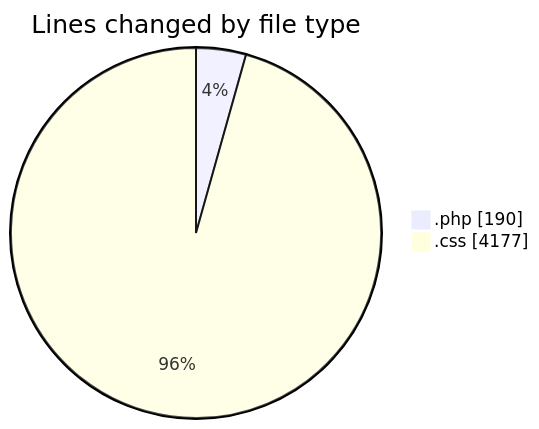
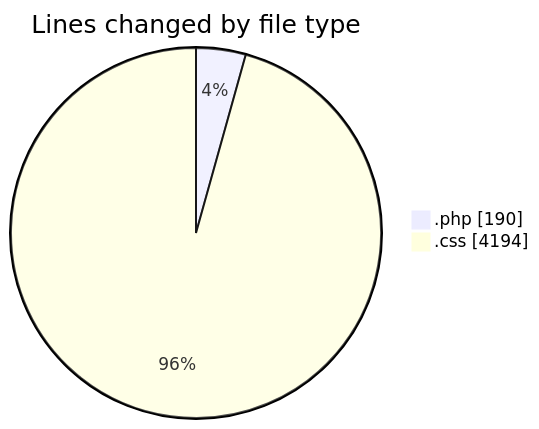
Before and after one commit to debugP/code-tracking: the first of 2 diagrams in 2026-11-04/wp-content/README.md, drawn with Mermaid. The commit also changed other lines of this file and 1 other file, not shown here.

````diff
--- a/2026-11-04/wp-content/README.md
+++ b/2026-11-04/wp-content/README.md
@@ -21,6 +21,6 @@
 ```mermaid
 pie showData
 title Lines changed by file type
 ".php" : 190
-".css" : 4177
+".css" : 4194
 ```
````
